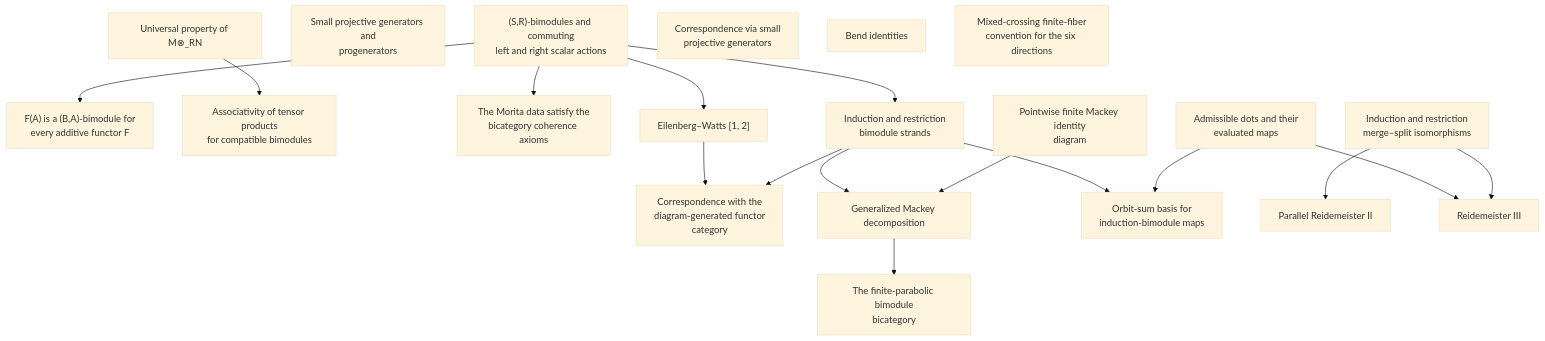
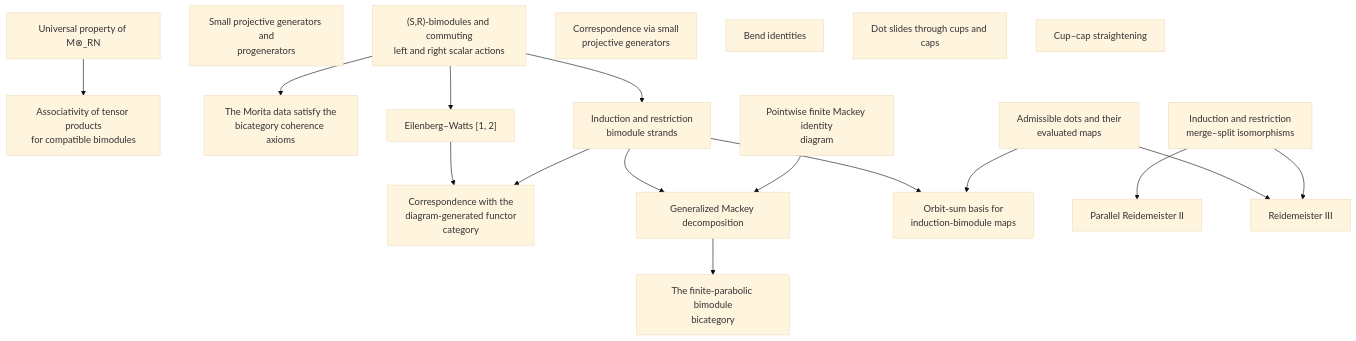
The diagram in README.md (Alphabeta-Math/mackey-bimodule-diagrams-lean), drawn with Mermaid (base theme) before and after one commit. The commit also changed other lines of this file and 275 other files, not shown here.

````diff
--- a/README.md
+++ b/README.md
@@ -35,38 +35,37 @@
 ```mermaid
 graph TD
   Bimodule["(S,R)-bimodules and commuting<br/>left and right scalar actions"]
-  RegularModuleRightAction["F(A) is a (B,A)-bimodule for<br/>every additive functor F"]
   SmallProjectiveGenerator["Small projective generators and<br/>progenerators"]
   ModuleTensorUniversalProperty["Universal property of M⊗_RN"]
   BalancedTensorAssociativity["Associativity of tensor products<br/>for compatible bimodules"]
   BimoduleTensorBicategoryCoherence["The Morita data satisfy the<br/>bicategory coherence axioms"]
   EilenbergWatts["Eilenberg–Watts [1, 2]"]
   SmallProjectiveGeneratorCorrespondence["Correspondence via small<br/>projective generators"]
   InductionRestrictionBimoduleStrands["Induction and restriction<br/>bimodule strands"]
   GroupElementDotCriterion["Admissible dots and their<br/>evaluated maps"]
   InductionRestrictionMergesAndSplits["Induction and restriction<br/>merge–split isomorphisms"]
   DiagrammaticFunctorCorrespondence["Correspondence with the<br/>diagram-generated functor<br/>category"]
   MackeyIdentityDiagram["Pointwise finite Mackey identity<br/>diagram"]
   GeneralizedMackeyDecomposition["Generalized Mackey decomposition"]
   InductionBimoduleOrbitSumBasis["Orbit-sum basis for<br/>induction-bimodule maps"]
   TrivalentBendIdentities["Bend identities"]
   ParallelReidemeisterTwoInduction["Parallel Reidemeister II"]
   ThreeInductionReidemeisterThree["Reidemeister III"]
-  MixedCrossingFiniteFiberConvention["Mixed-crossing finite-fiber<br/>convention for the six directions"]
   FiniteParabolicBimoduleBicategory["The finite-parabolic bimodule<br/>bicategory"]
-  Bimodule --> RegularModuleRightAction
+  CupCapDotSlides["Dot slides through cups and caps"]
+  CupCapStraightening["Cup–cap straightening"]
   ModuleTensorUniversalProperty --> BalancedTensorAssociativity
   Bimodule --> BimoduleTensorBicategoryCoherence
   Bimodule --> EilenbergWatts
   Bimodule --> InductionRestrictionBimoduleStrands
   EilenbergWatts --> DiagrammaticFunctorCorrespondence
   InductionRestrictionBimoduleStrands --> DiagrammaticFunctorCorrespondence
   InductionRestrictionBimoduleStrands --> GeneralizedMackeyDecomposition
   MackeyIdentityDiagram --> GeneralizedMackeyDecomposition
   InductionRestrictionBimoduleStrands --> InductionBimoduleOrbitSumBasis
   GroupElementDotCriterion --> InductionBimoduleOrbitSumBasis
   InductionRestrictionMergesAndSplits --> ParallelReidemeisterTwoInduction
   GroupElementDotCriterion --> ThreeInductionReidemeisterThree
   InductionRestrictionMergesAndSplits --> ThreeInductionReidemeisterThree
   GeneralizedMackeyDecomposition --> FiniteParabolicBimoduleBicategory
 ```
````
